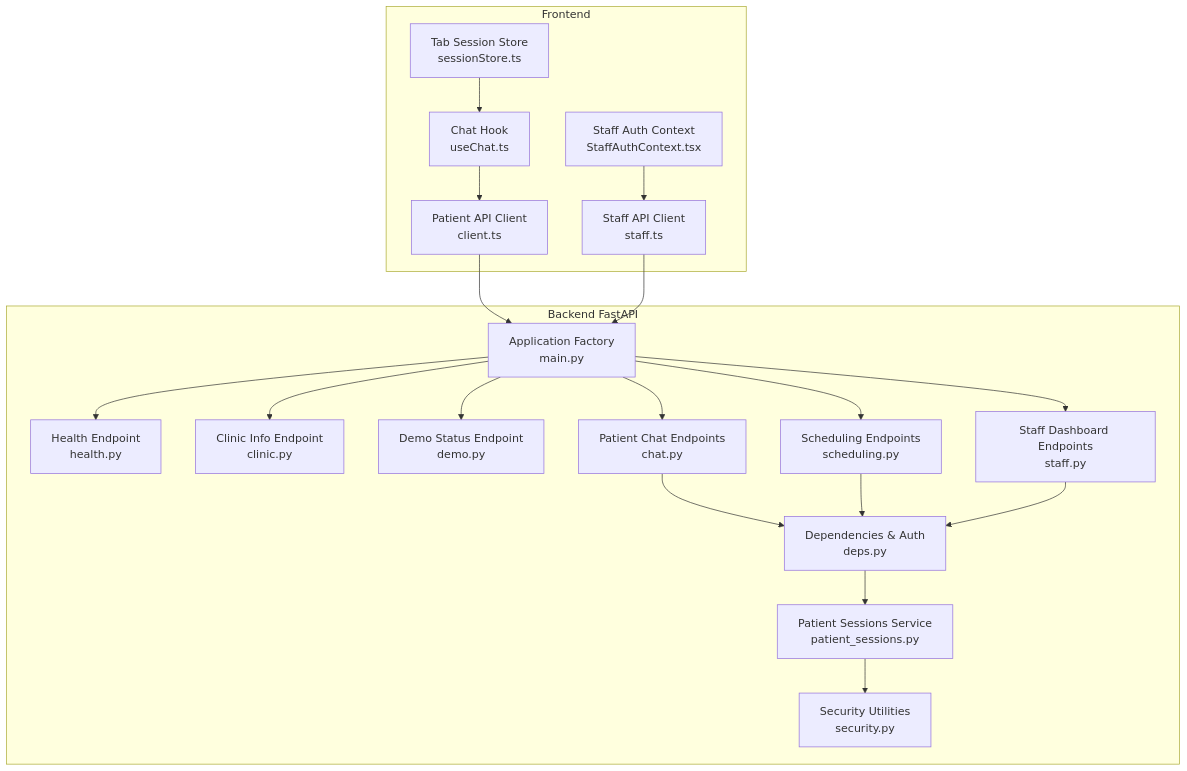
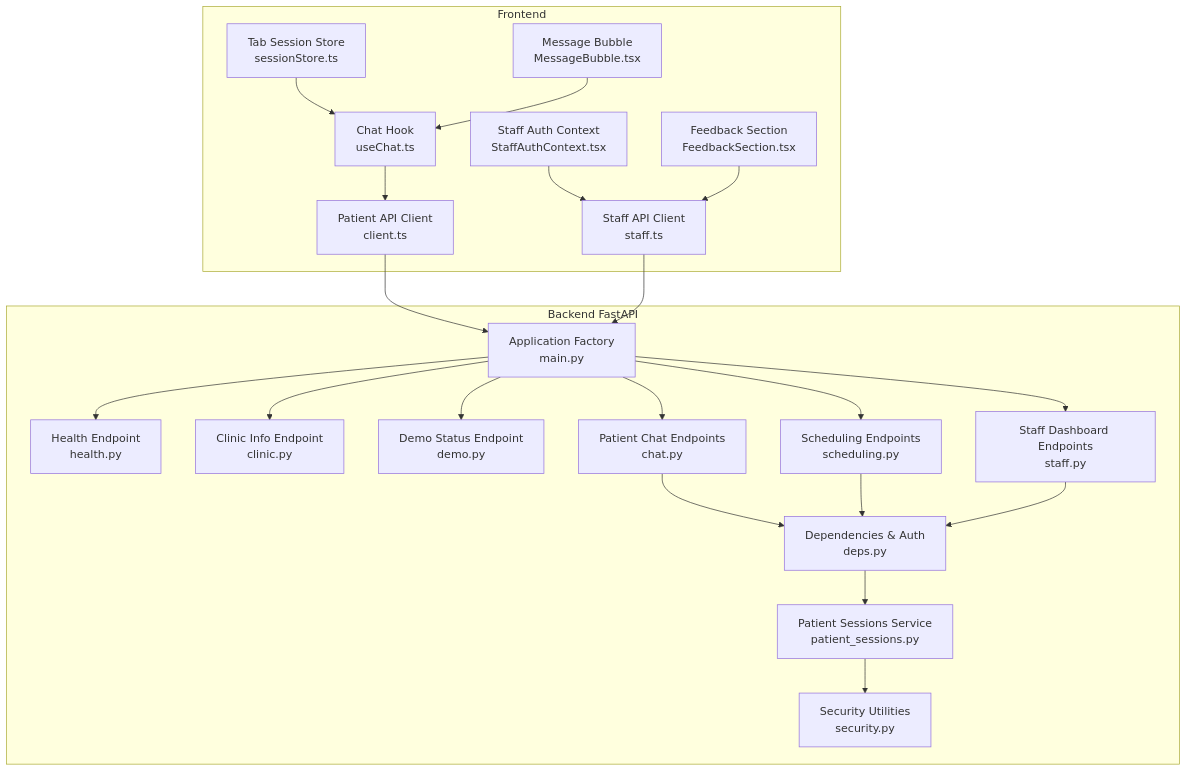
One commit to gokulkaarthicks/dental-chatbot changed the first of 6 diagrams in .qoder/repowiki/en/content/System Architecture/Component Interactions/API Communication.md. Above: the diagram before and after it, drawn with Mermaid. The commit also changed other lines of this file and 280 other files, not shown here.

````diff
--- a/.qoder/repowiki/en/content/System Architecture/Component Interactions/API Communication.md
+++ b/.qoder/repowiki/en/content/System Architecture/Component Interactions/API Communication.md
@@ -50,38 +63,42 @@
 ```mermaid
 graph TB
 subgraph "Frontend"
 FE_Client["Patient API Client<br/>client.ts"]
 FE_Staff["Staff API Client<br/>staff.ts"]
 FE_Hooks["Chat Hook<br/>useChat.ts"]
 FE_Store["Tab Session Store<br/>sessionStore.ts"]
 FE_Auth["Staff Auth Context<br/>StaffAuthContext.tsx"]
+FE_Message["Message Bubble<br/>MessageBubble.tsx"]
+FE_Feedback["Feedback Section<br/>FeedbackSection.tsx"]
 end
 subgraph "Backend FastAPI"
 App["Application Factory<br/>main.py"]
 Health["Health Endpoint<br/>health.py"]
 Clinic["Clinic Info Endpoint<br/>clinic.py"]
 Demo["Demo Status Endpoint<br/>demo.py"]
 Chat["Patient Chat Endpoints<br/>chat.py"]
 Sched["Scheduling Endpoints<br/>scheduling.py"]
 Staff["Staff Dashboard Endpoints<br/>staff.py"]
 Deps["Dependencies & Auth<br/>deps.py"]
 PSession["Patient Sessions Service<br/>patient_sessions.py"]
 Sec["Security Utilities<br/>security.py"]
 end
 FE_Client --> App
 FE_Staff --> App
 FE_Hooks --> FE_Client
 FE_Store --> FE_Hooks
 FE_Auth --> FE_Staff
+FE_Message --> FE_Hooks
+FE_Feedback --> FE_Staff
 App --> Health
 App --> Clinic
 App --> Demo
 App --> Chat
 App --> Sched
 App --> Staff
 Chat --> Deps
 Sched --> Deps
 Staff --> Deps
 Deps --> PSession
 PSession --> Sec
 ```
````
